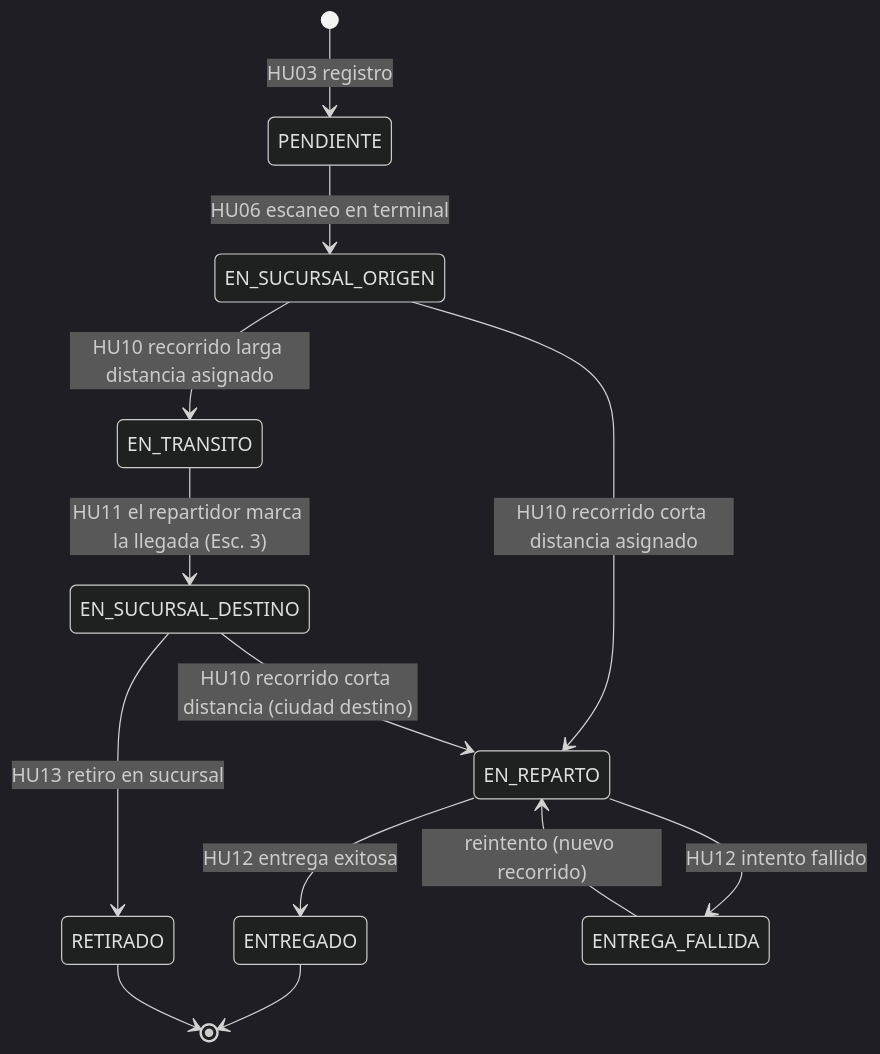
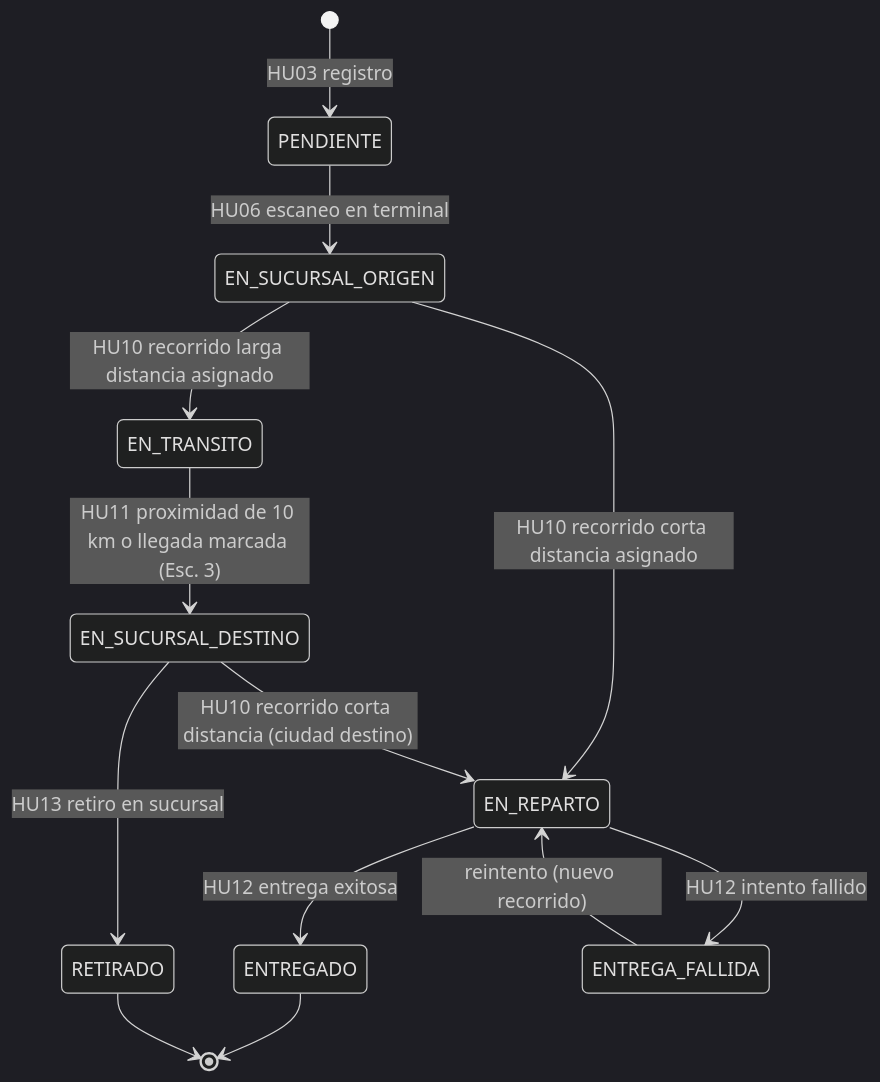
The second of 2 diagrams in Back/docs/01-arquitectura/plan-base-de-datos-completo.md (Maico-Zurbriggen/gestion-envios), drawn with Mermaid (dark theme) before and after one commit. The commit also changed other lines of this file and 29 other files, not shown here.

First line of the commit message:
Historias HU14 a HU17 y llegada a la sucursal por proximidad (HU11 E3)

````diff
--- a/Back/docs/01-arquitectura/plan-base-de-datos-completo.md
+++ b/Back/docs/01-arquitectura/plan-base-de-datos-completo.md
@@ -226,15 +226,15 @@
 ```mermaid
 stateDiagram-v2
     [*] --> PENDIENTE: HU03 registro
     PENDIENTE --> EN_SUCURSAL_ORIGEN: HU06 escaneo en terminal
     EN_SUCURSAL_ORIGEN --> EN_TRANSITO: HU10 recorrido larga distancia asignado
     EN_SUCURSAL_ORIGEN --> EN_REPARTO: HU10 recorrido corta distancia asignado
-    EN_TRANSITO --> EN_SUCURSAL_DESTINO: HU11 el repartidor marca la llegada (Esc. 3)
+    EN_TRANSITO --> EN_SUCURSAL_DESTINO: HU11 proximidad de 10 km o llegada marcada (Esc. 3)
     EN_SUCURSAL_DESTINO --> EN_REPARTO: HU10 recorrido corta distancia (ciudad destino)
     EN_SUCURSAL_DESTINO --> RETIRADO: HU13 retiro en sucursal
     EN_REPARTO --> ENTREGADO: HU12 entrega exitosa
     EN_REPARTO --> ENTREGA_FALLIDA: HU12 intento fallido
     ENTREGA_FALLIDA --> EN_REPARTO: reintento (nuevo recorrido)
     ENTREGADO --> [*]
     RETIRADO --> [*]
 ```
````
